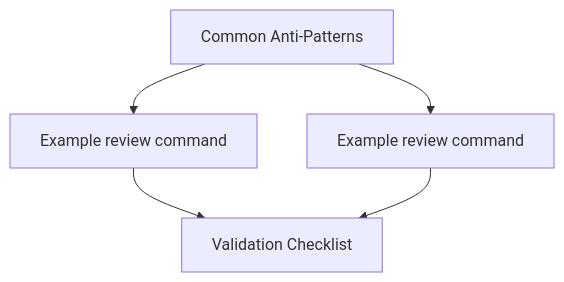
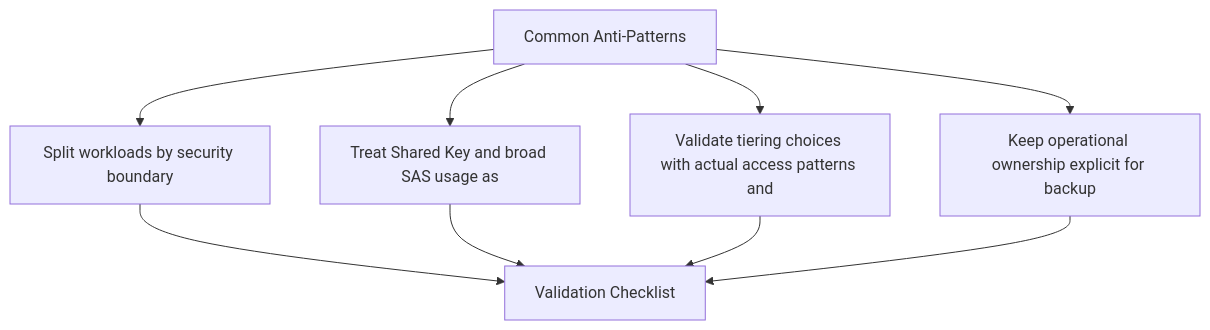
One commit to yeongseon/azure-storage-practical-guide changed the diagram in docs/best-practices/common-anti-patterns.md. Above: the diagram before and after it, drawn with Mermaid. The commit also changed 9 other files, not shown here.

Commit message:
fix: rebuild remaining BP diagrams from practice bullets with label shortening

````diff
--- a/docs/best-practices/common-anti-patterns.md
+++ b/docs/best-practices/common-anti-patterns.md
@@ -29,11 +29,17 @@
 ```mermaid
 flowchart TD
     T["Common Anti-Patterns"]
-    P1["Example review command"]
+    P1["Split workloads by security boundary"]
     T --> P1
-    P2["Example review command"]
+    P2["Treat Shared Key and broad SAS usage as"]
     T --> P2
+    P3["Validate tiering choices with actual access patterns and"]
+    T --> P3
+    P4["Keep operational ownership explicit for backup"]
+    T --> P4
     V["Validation Checklist"]
     P1 --> V
     P2 --> V
+    P3 --> V
+    P4 --> V
 ```
````
